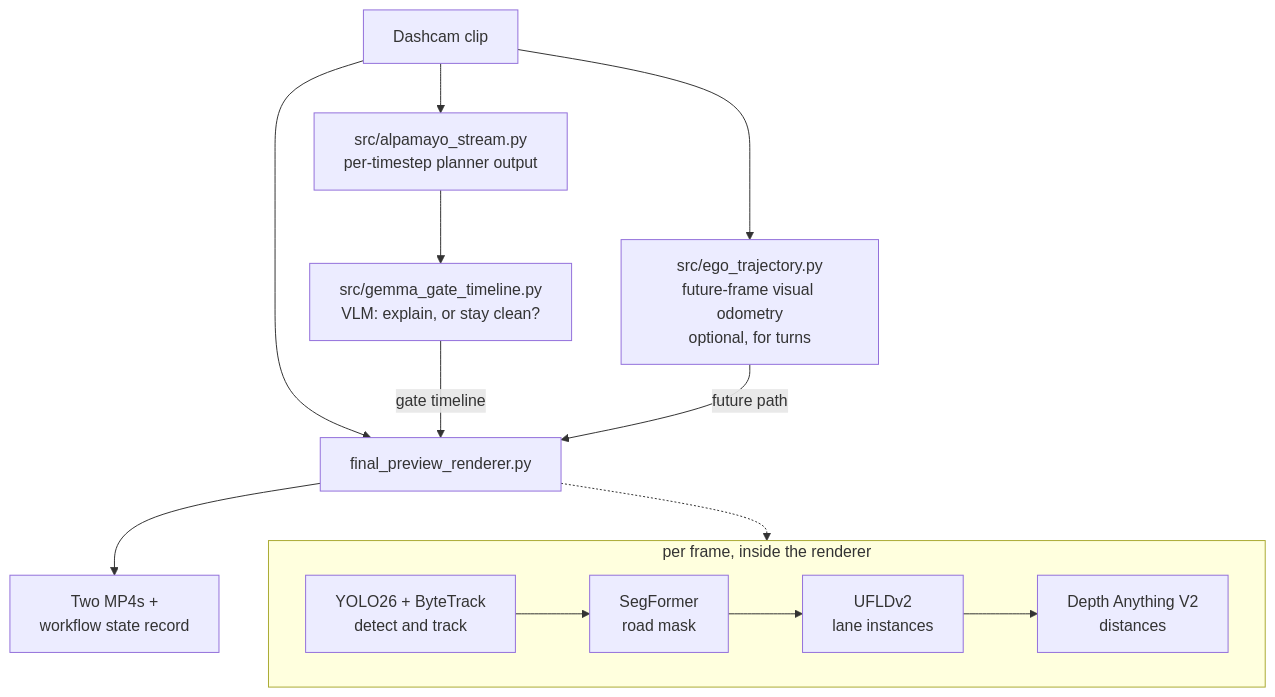
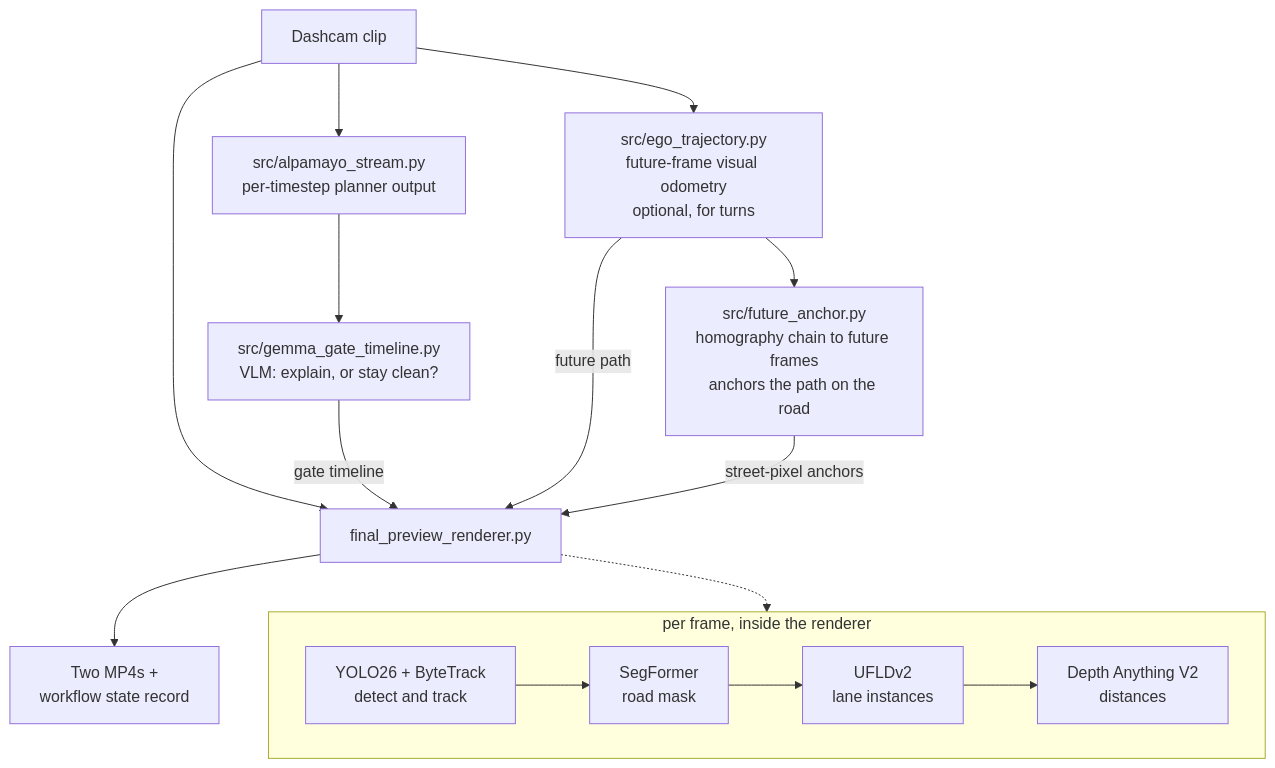
Before and after one commit to Shaadalam9/opticarvis: the diagram in README.md, drawn with Mermaid. The commit also changed other lines of this file and 1 other file, not shown here.

First line of the commit message:
Document the future-anchor stage and its invariants

````diff
--- a/README.md
+++ b/README.md
@@ -110,19 +110,21 @@
 ```mermaid
 flowchart TD
     A[Dashcam clip] --> B[src/alpamayo_stream.py<br/>per-timestep planner output]
     B --> C[src/gemma_gate_timeline.py<br/>VLM: explain, or stay clean?]
     A --> D[src/ego_trajectory.py<br/>future-frame visual odometry<br/>optional, for turns]
+    D --> G[src/future_anchor.py<br/>homography chain to future frames<br/>anchors the path on the road]
     A --> E[final_preview_renderer.py]
     C -->|gate timeline| E
     D -->|future path| E
+    G -->|street-pixel anchors| E
     E --> F[Two MP4s +<br/>workflow state record]
 
     subgraph P [per frame, inside the renderer]
         direction LR
         P1[YOLO26 + ByteTrack<br/>detect and track] --> P2[SegFormer<br/>road mask]
         P2 --> P3[UFLDv2<br/>lane instances]
         P3 --> P4[Depth Anything V2<br/>distances]
     end
 
     E -.-> P
 ```
````
